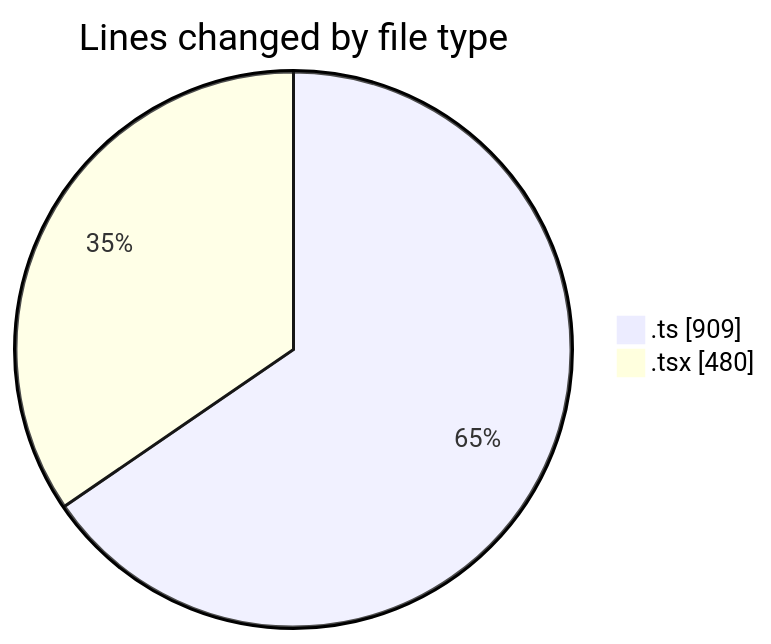
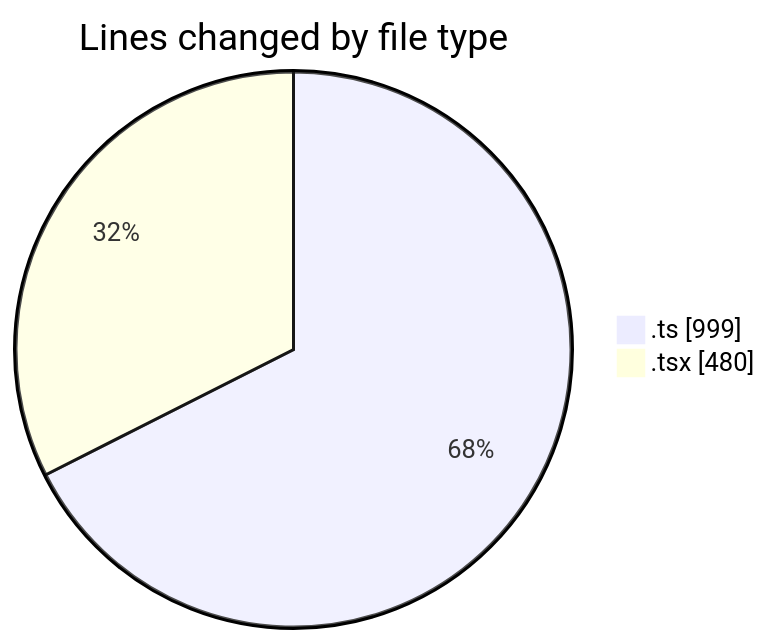
One commit to nxtqubesakshisongat/code-tracking changed the first of 2 diagrams in 2026-05-07/nxtqube_webapp/README.md. Above: the diagram before and after it, drawn with Mermaid. The commit also changed other lines of this file and 1 other file, not shown here.

````diff
--- a/2026-05-07/nxtqube_webapp/README.md
+++ b/2026-05-07/nxtqube_webapp/README.md
@@ -24,6 +25,6 @@
 ```mermaid
 pie showData
 title Lines changed by file type
-".ts" : 909
+".ts" : 999
 ".tsx" : 480
 ```
````
